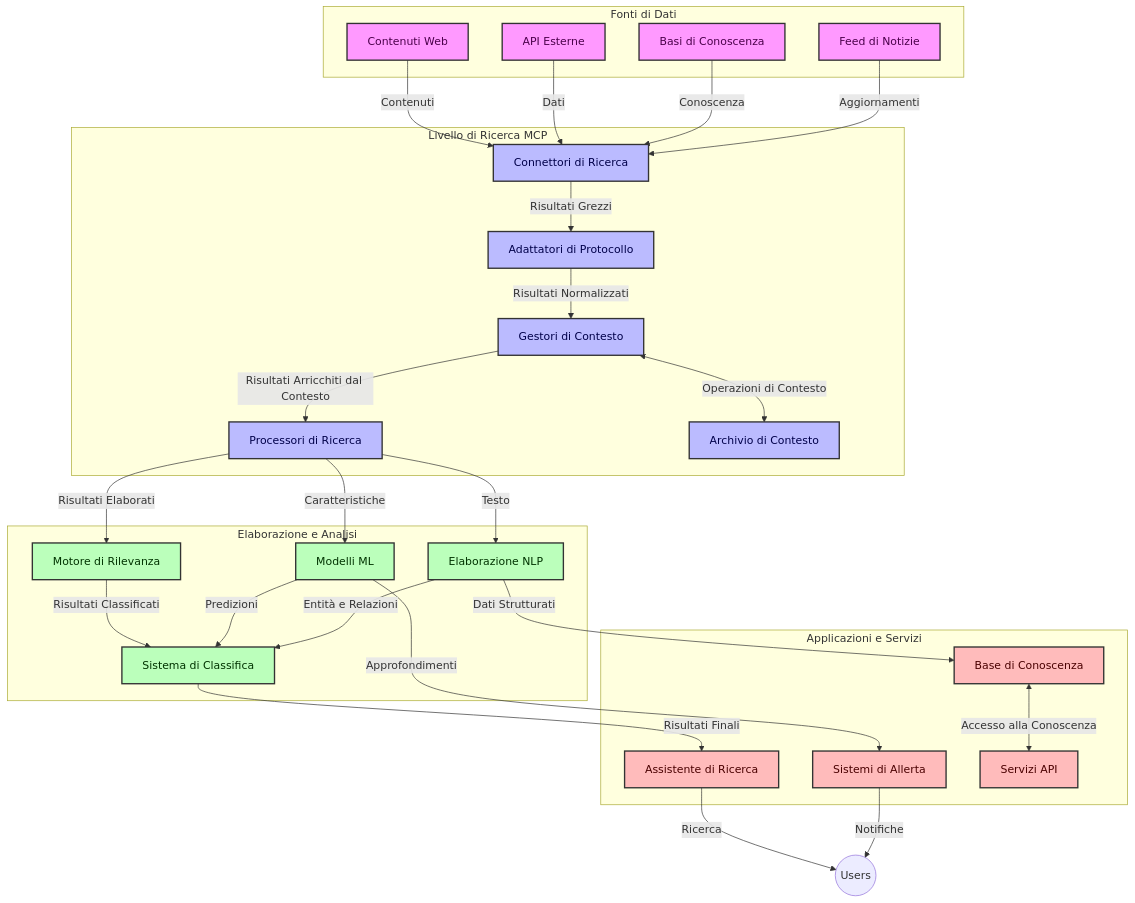
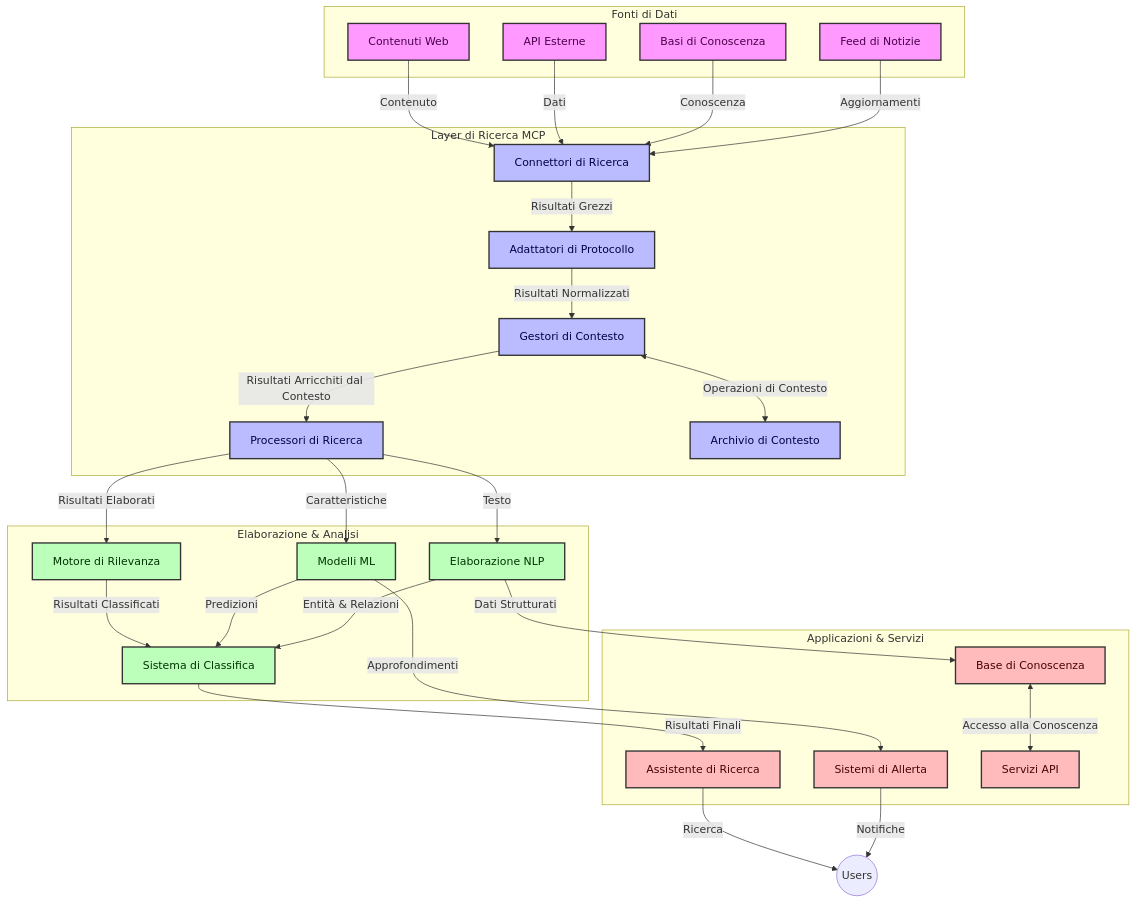
The first of 4 diagrams in translations/it/05-AdvancedTopics/mcp-realtimesearch/README.md (microsoft/mcp-for-beginners), drawn with Mermaid before and after one commit. The commit also changed other lines of this file and 134 other files, not shown here.

````diff
--- a/translations/it/05-AdvancedTopics/mcp-realtimesearch/README.md
+++ b/translations/it/05-AdvancedTopics/mcp-realtimesearch/README.md
@@ -109,66 +109,66 @@
 ```mermaid
 graph TD
     subgraph "Fonti di Dati"
         Web[Contenuti Web]
         APIs[API Esterne]
         DB[Basi di Conoscenza]
         News[Feed di Notizie]
     end
 
-    subgraph "Livello di Ricerca MCP"
+    subgraph "Layer di Ricerca MCP"
         SC[Connettori di Ricerca]
         PA[Adattatori di Protocollo]
         CH[Gestori di Contesto]
         SP[Processori di Ricerca]
         CS[Archivio di Contesto]
     end
 
-    subgraph "Elaborazione e Analisi"
+    subgraph "Elaborazione & Analisi"
         RE[Motore di Rilevanza]
         ML[Modelli ML]
         NLP[Elaborazione NLP]
         Rank[Sistema di Classifica]
     end
 
-    subgraph "Applicazioni e Servizi"
+    subgraph "Applicazioni & Servizi"
         RA[Assistente di Ricerca]
         Alerts[Sistemi di Allerta]
         KB[Base di Conoscenza]
         API[Servizi API]
     end
 
-    Web -->|Contenuti| SC
+    Web -->|Contenuto| SC
     APIs -->|Dati| SC
     DB -->|Conoscenza| SC
     News -->|Aggiornamenti| SC
     
     SC -->|Risultati Grezzi| PA
     PA -->|Risultati Normalizzati| CH
     CH <-->|Operazioni di Contesto| CS
     CH -->|Risultati Arricchiti dal Contesto| SP
     SP -->|Risultati Elaborati| RE
     SP -->|Caratteristiche| ML
     SP -->|Testo| NLP
     
     RE -->|Risultati Classificati| Rank
     ML -->|Predizioni| Rank
-    NLP -->|Entità e Relazioni| Rank
+    NLP -->|Entità & Relazioni| Rank
     
     Rank -->|Risultati Finali| RA
     ML -->|Approfondimenti| Alerts
     NLP -->|Dati Strutturati| KB
     
     RA -->|Ricerca| Users((Users))
     Alerts -->|Notifiche| Users
     KB <-->|Accesso alla Conoscenza| API
 
     classDef sources fill:#f9f,stroke:#333,stroke-width:2px,color:#4a004a
     classDef mcp fill:#bbf,stroke:#333,stroke-width:2px,color:#00004a
     classDef processing fill:#bfb,stroke:#333,stroke-width:2px,color:#003300
     classDef apps fill:#fbb,stroke:#333,stroke-width:2px,color:#4a0000
     
     class Web,APIs,DB,News sources
     class SC,PA,CH,SP,CS mcp
     class RE,ML,NLP,Rank processing
     class RA,Alerts,KB,API apps
 ```
````
